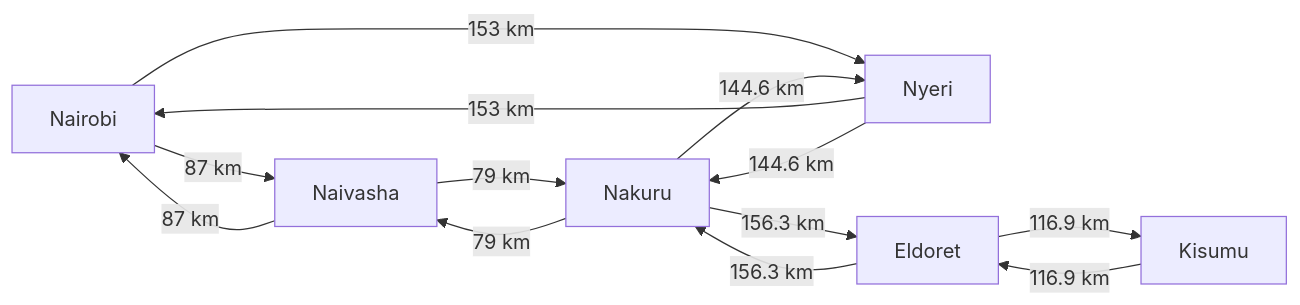
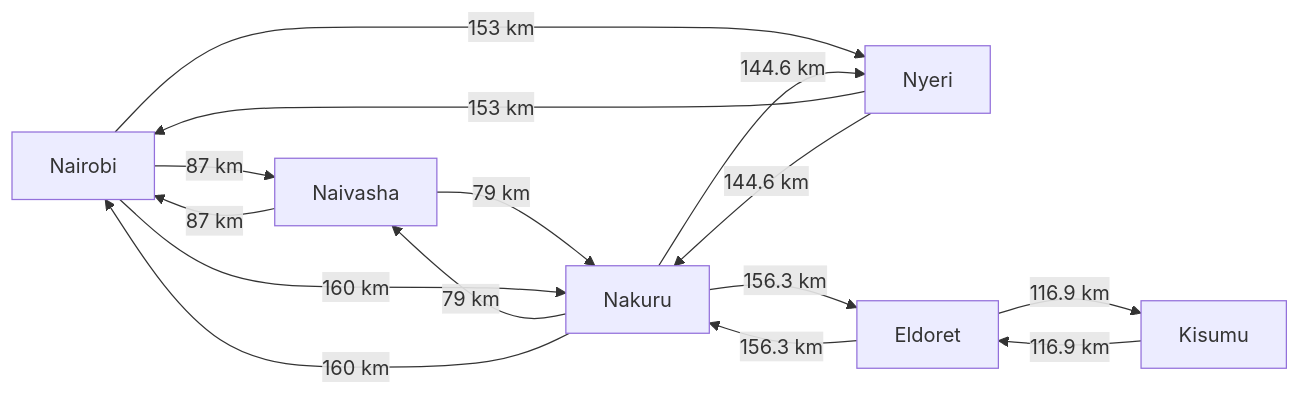
One commit to stiletoman/PS-Agents changed the first of 2 diagrams in design.md. Above: the diagram before and after it, drawn with Mermaid. The commit also changed other lines of this file and 4 other files, not shown here.

Commit message:
Add assignment diagrams and group evidence

````diff
--- a/design.md
+++ b/design.md
@@ -68,22 +71,24 @@
 ```mermaid
 flowchart LR
     NAI["Nairobi"]
     NAV["Naivasha"]
     NAK["Nakuru"]
     NYE["Nyeri"]
     ELD["Eldoret"]
     KIS["Kisumu"]
 
     NAI -->|87 km| NAV
     NAV -->|87 km| NAI
     NAV -->|79 km| NAK
     NAK -->|79 km| NAV
+    NAI -->|160 km| NAK
+    NAK -->|160 km| NAI
     NAI -->|153 km| NYE
     NYE -->|153 km| NAI
     NYE -->|144.6 km| NAK
     NAK -->|144.6 km| NYE
     NAK -->|156.3 km| ELD
     ELD -->|156.3 km| NAK
     ELD -->|116.9 km| KIS
     KIS -->|116.9 km| ELD
 ```
````
